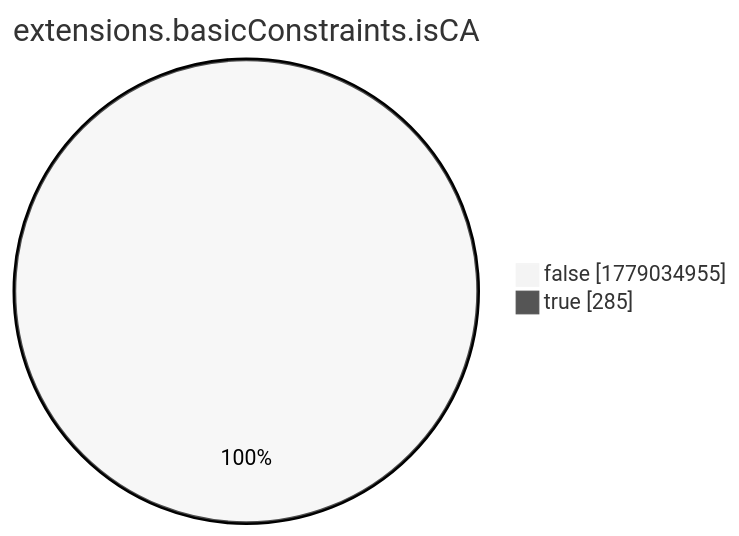
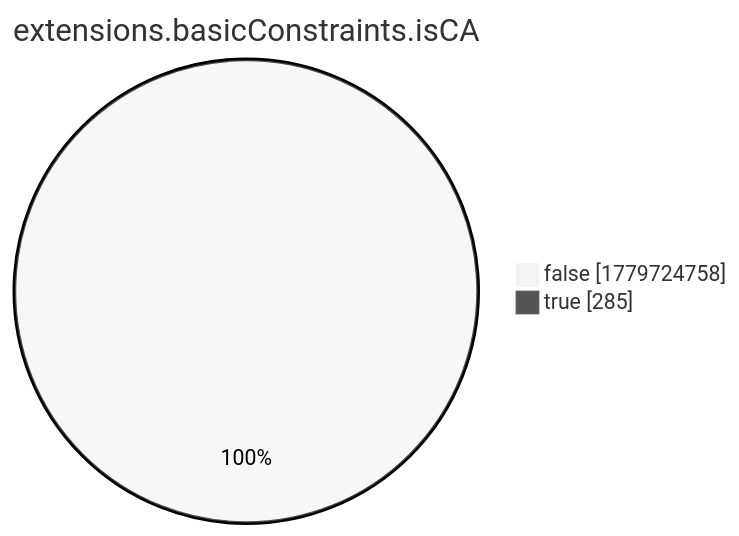
One commit to christiankrug/ctmonitor_visualization changed the eighth of 15 diagrams in xenon2022/README.md. Above: the diagram before and after it, drawn with Mermaid (neutral theme). The commit also changed other lines of this file, not shown here.

````diff
--- a/xenon2022/README.md
+++ b/xenon2022/README.md
@@ -2868,6 +2868,6 @@
 ```mermaid
 pie showData
 title extensions.basicConstraints.isCA
-"false" :1779034955
+"false" :1779724758
 "true" :285
 ```
````
